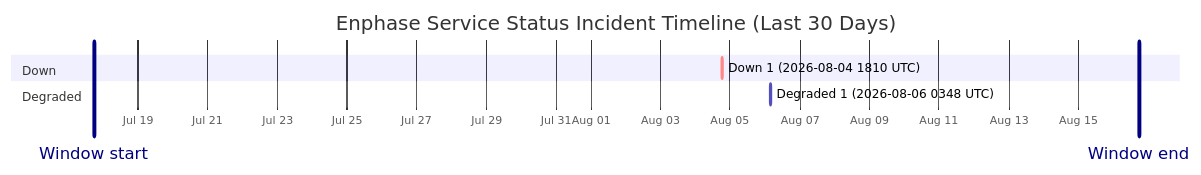
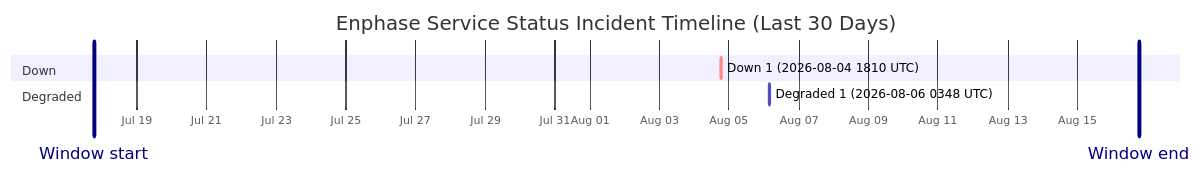
The diagram in wiki/Service-Status-History.md (barneyonline/ha-enphase-energy), drawn with Mermaid before and after one commit. The commit also changed other lines of this file and 3 other files, not shown here.

````diff
--- a/wiki/Service-Status-History.md
+++ b/wiki/Service-Status-History.md
@@ -14,12 +14,12 @@
 ```mermaid
 gantt
     title Enphase Service Status Incident Timeline (Last 30 Days)
     dateFormat  YYYY-MM-DDTHH:mm:ss
     axisFormat  %b %d
-    Window start :vert, window-start, 2026-07-17T17:43:47, 0ms
-    Window end :vert, window-end, 2026-08-16T17:43:47, 0ms
+    Window start :vert, window-start, 2026-07-17T18:25:36, 0ms
+    Window end :vert, window-end, 2026-08-16T18:25:36, 0ms
     section Down
     Down 1 (2026-08-04 1810 UTC) :crit, down-1, 2026-08-04T18:10:46, 60m
     section Degraded
     Degraded 1 (2026-08-06 0348 UTC) :active, degraded-1, 2026-08-06T03:48:14, 60m
 ```
````
